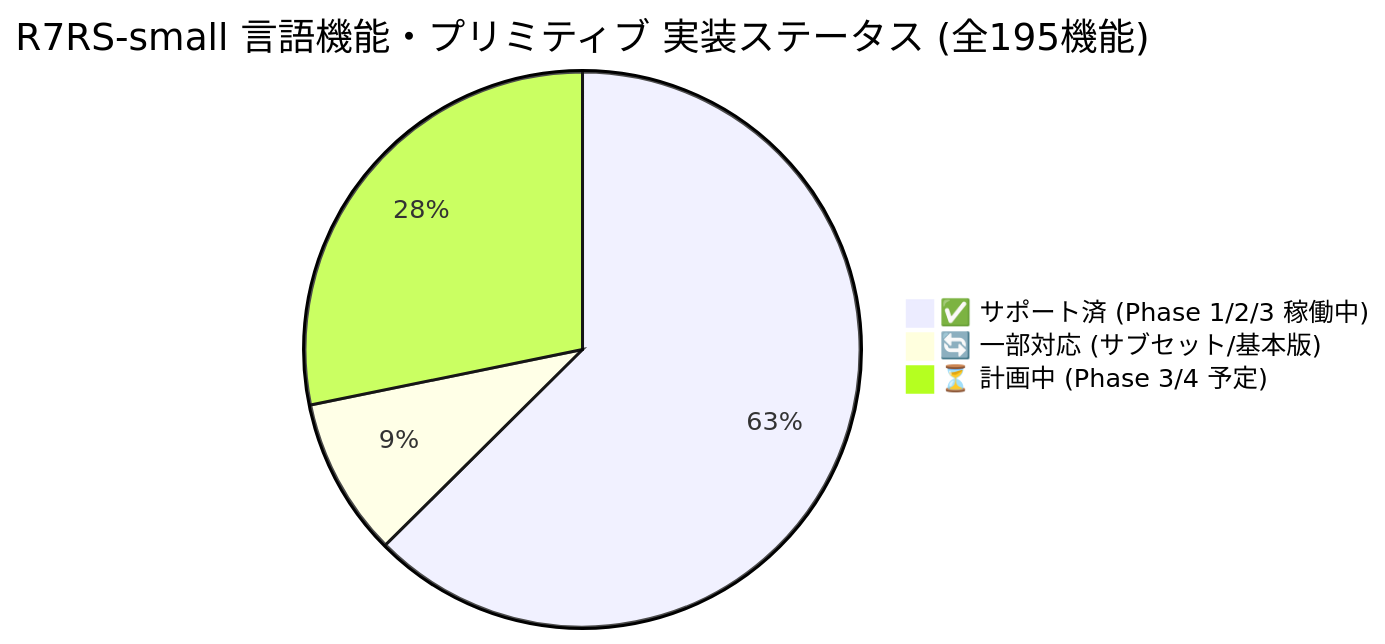
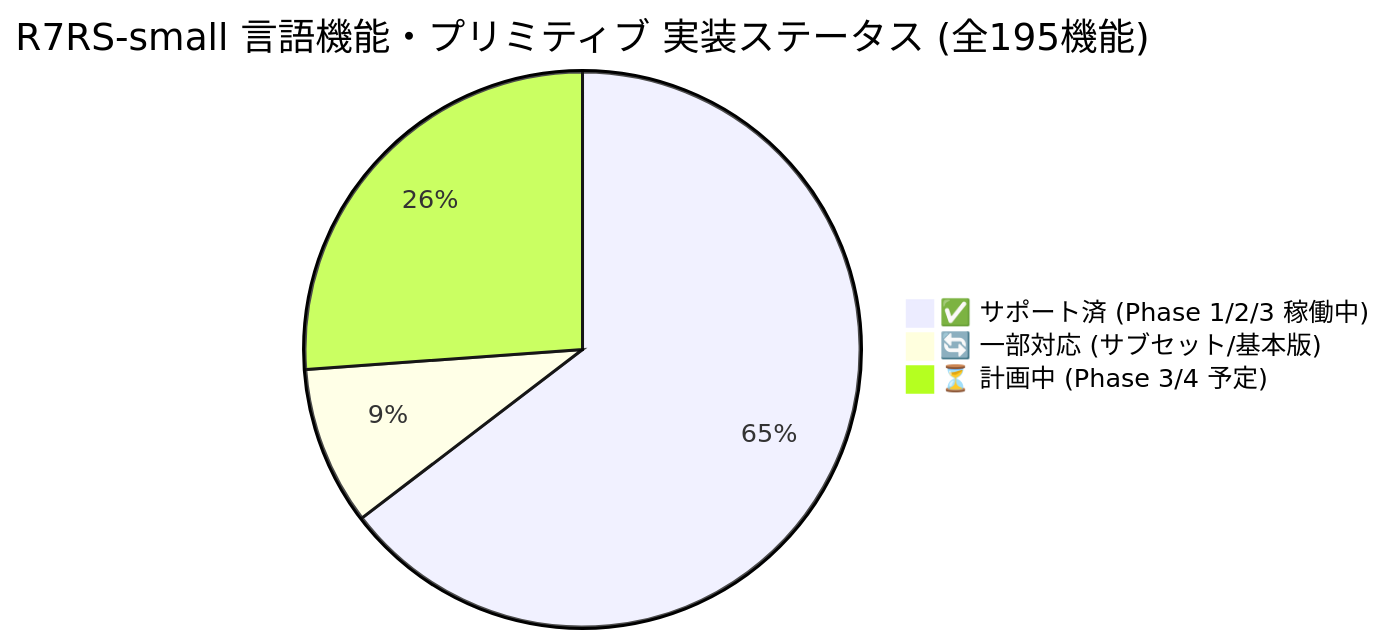
The first of 3 diagrams in ilisp/docs/SPEC_R7RS.md (rokujyouhitoma/arxiv-security-papers), drawn with Mermaid before and after one commit. The commit also changed other lines of this file and 8 other files, not shown here.

````diff
--- a/ilisp/docs/SPEC_R7RS.md
+++ b/ilisp/docs/SPEC_R7RS.md
@@ -17,6 +17,6 @@
 ```mermaid
 pie title R7RS-small 言語機能・プリミティブ 実装ステータス (全195機能)
-    "✅ サポート済 (Phase 1/2/3 稼働中)" : 122
+    "✅ サポート済 (Phase 1/2/3 稼働中)" : 126
     "🔄 一部対応 (サブセット/基本版)" : 18
-    "⏳ 計画中 (Phase 3/4 予定)" : 55
+    "⏳ 計画中 (Phase 3/4 予定)" : 51
 ```
````
